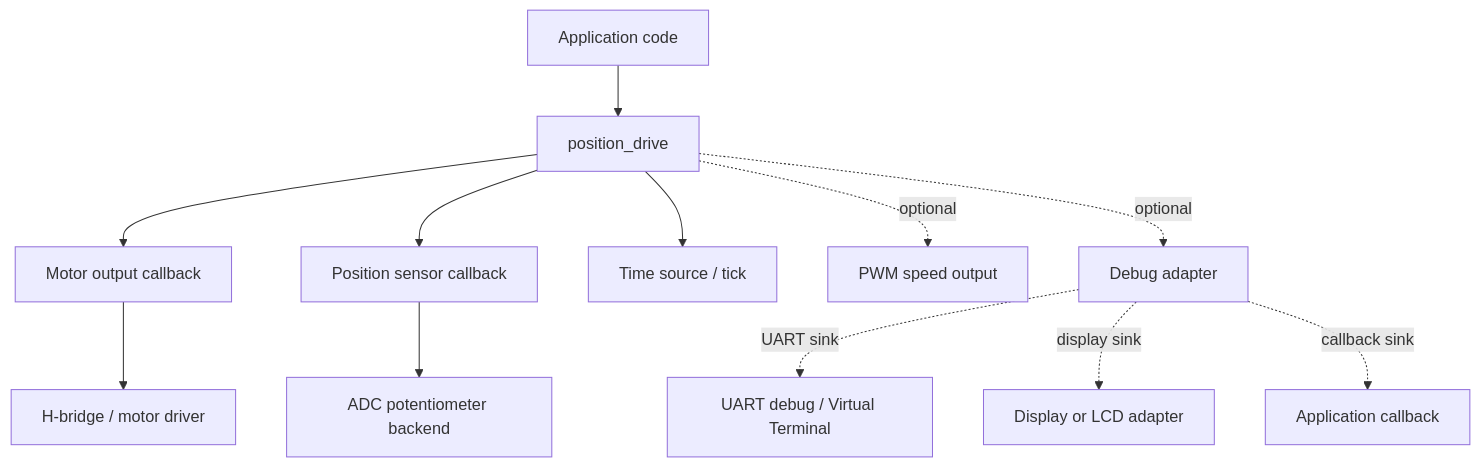
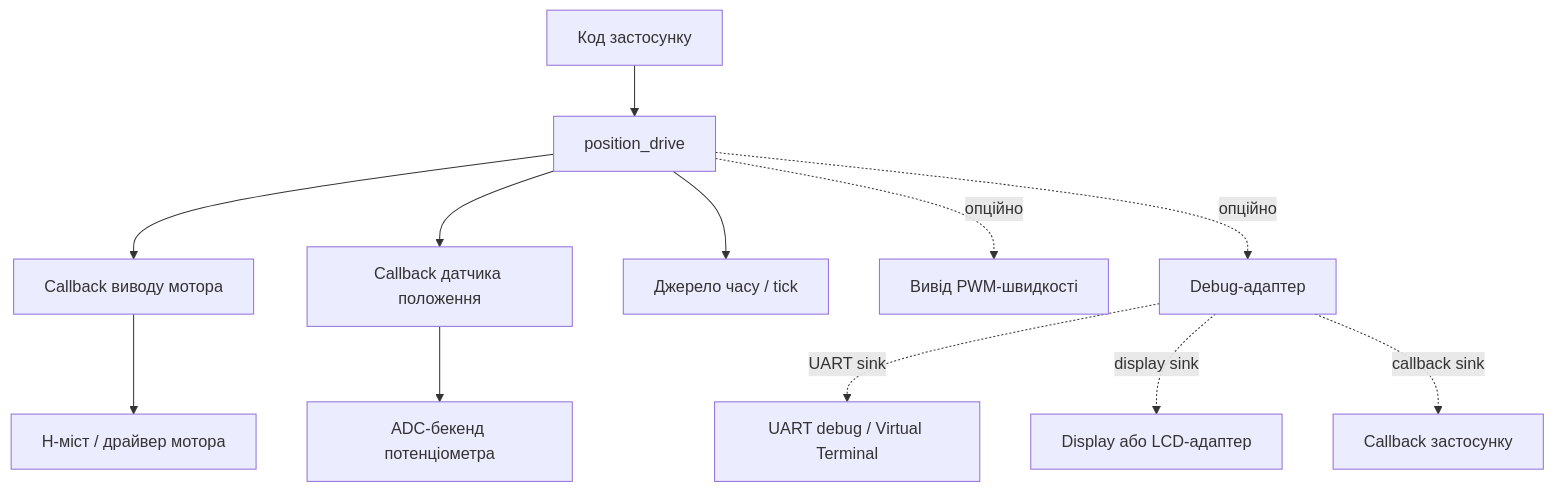
One commit to anatoliWeb/pic-platform changed the seventh of 9 diagrams in docs/libraries/actuator/position_drive.ua.md. Above: the diagram before and after it, drawn with Mermaid. The commit also changed other lines of this file and 3 other files, not shown here.

First line of the commit message:
docs(position-drive): translate Mermaid labels to Ukrainian in UA docs

````diff
--- a/docs/libraries/actuator/position_drive.ua.md
+++ b/docs/libraries/actuator/position_drive.ua.md
@@ -314,16 +313,16 @@
 ```mermaid
 flowchart TD
-    APP[Application code] --> PD[position_drive]
-    PD --> MOTOR[Motor output callback]
-    PD --> SENSOR[Position sensor callback]
-    PD --> TICK[Time source / tick]
-    PD -. optional .-> PWM[PWM speed output]
-    PD -. optional .-> DBG[Debug adapter]
+    APP[Код застосунку] --> PD[position_drive]
+    PD --> MOTOR[Callback виводу мотора]
+    PD --> SENSOR[Callback датчика положення]
+    PD --> TICK[Джерело часу / tick]
+    PD -. опційно .-> PWM[Вивід PWM-швидкості]
+    PD -. опційно .-> DBG[Debug-адаптер]
 
-    SENSOR --> ADC[ADC potentiometer backend]
-    MOTOR --> HBRIDGE[H-bridge / motor driver]
+    SENSOR --> ADC[ADC-бекенд потенціометра]
+    MOTOR --> HBRIDGE[H-міст / драйвер мотора]
 
     DBG -. UART sink .-> UART[UART debug / Virtual Terminal]
-    DBG -. display sink .-> DISP[Display or LCD adapter]
-    DBG -. callback sink .-> CB[Application callback]
+    DBG -. display sink .-> DISP[Display або LCD-адаптер]
+    DBG -. callback sink .-> CB[Callback застосунку]
 ```
````
